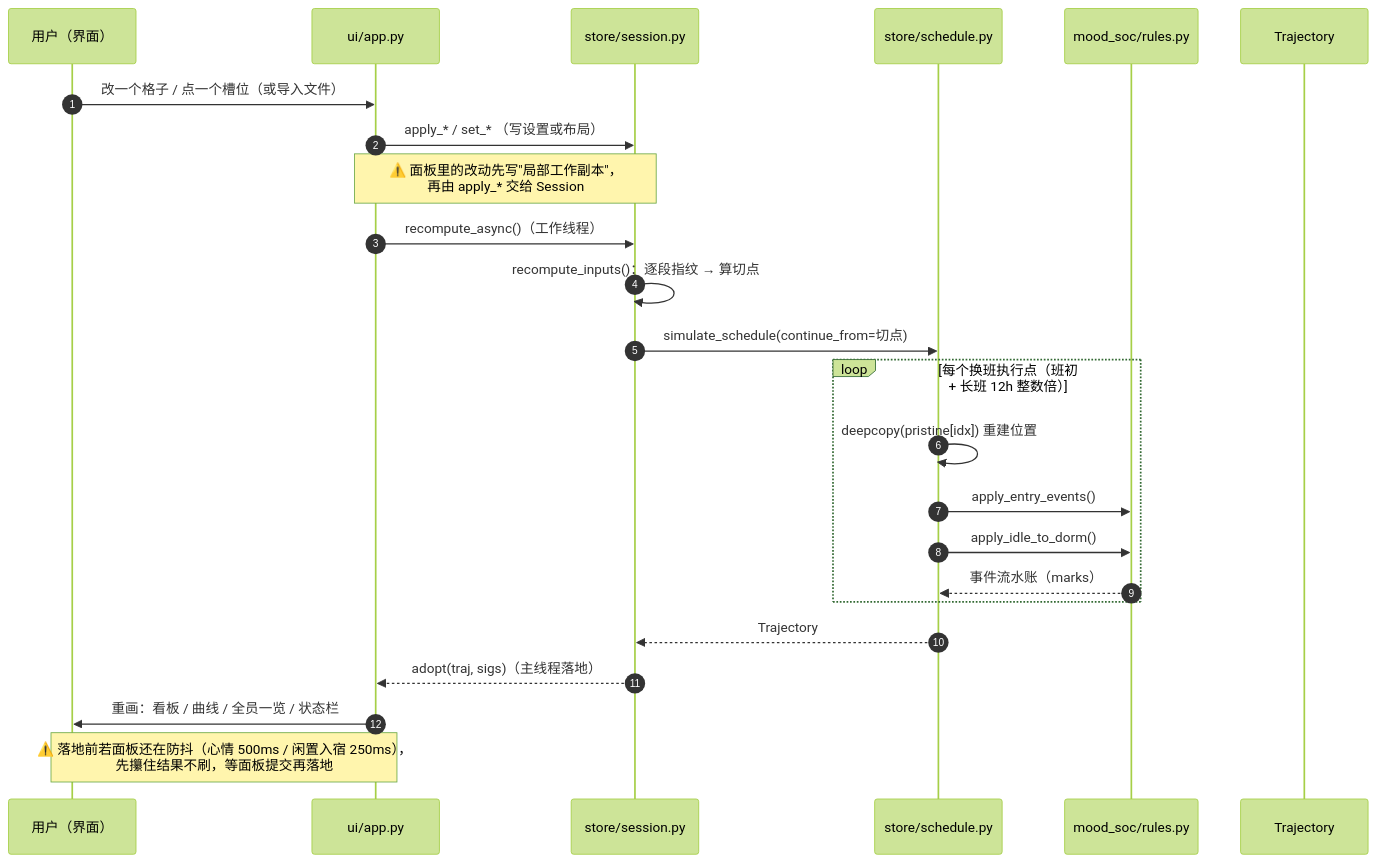
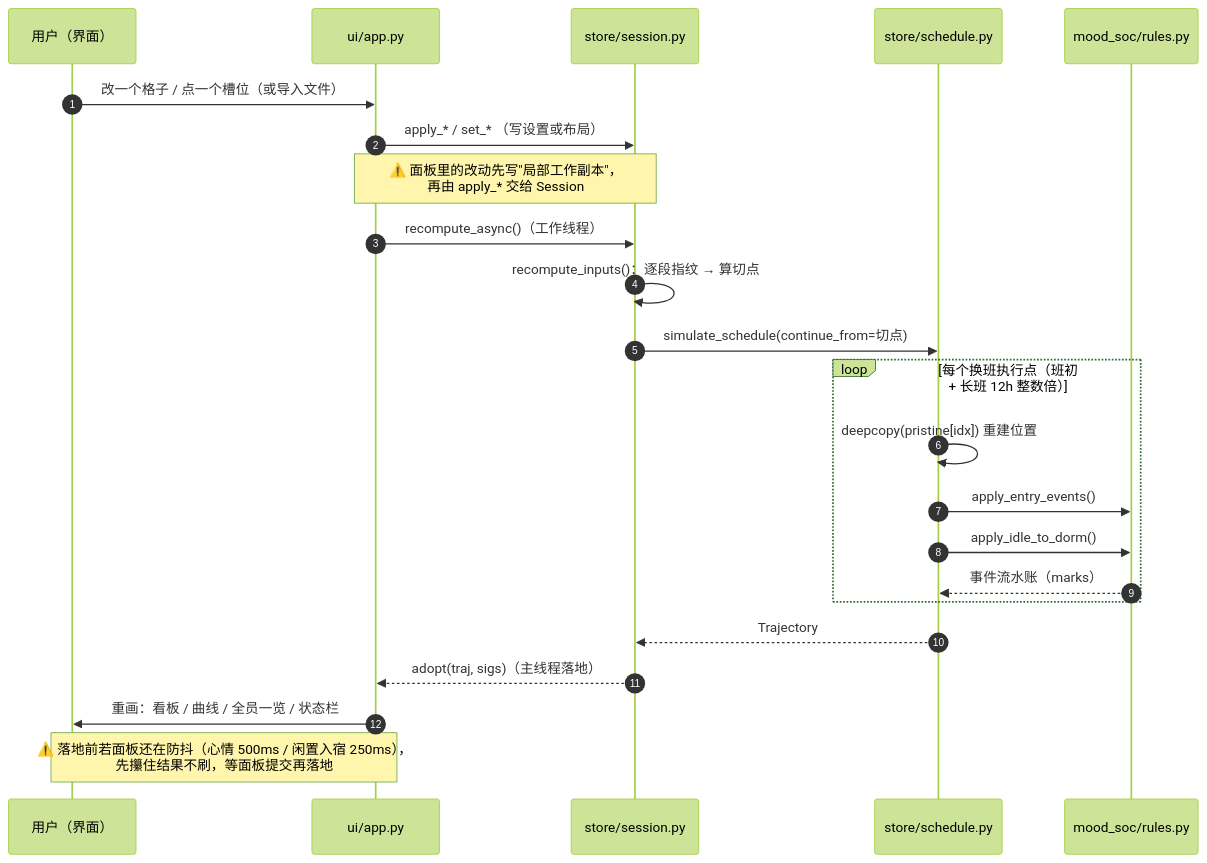
One commit to ziyanQAQ/Rhodes-MoodSOC changed the third of 4 diagrams in documents/15-架构图.md. Above: the diagram before and after it, drawn with Mermaid (forest theme).

Commit message:
精简时序图参与者

````diff
--- a/documents/15-架构图.md
+++ b/documents/15-架构图.md
@@ -190,27 +190,26 @@
 ```mermaid
 sequenceDiagram
     autonumber
     participant U as 用户（界面）
     participant APP as ui/app.py
     participant SES as store/session.py
     participant SIM as store/schedule.py
     participant ENG as mood_soc/rules.py
-    participant TRAJ as Trajectory
 
     U->>APP: 改一个格子 / 点一个槽位（或导入文件）
     APP->>SES: apply_* / set_* （写设置或布局）
     Note over APP,SES: ⚠️ 面板里的改动先写"局部工作副本"，<br/>再由 apply_* 交给 Session
     APP->>SES: recompute_async()（工作线程）
     SES->>SES: recompute_inputs()：逐段指纹 → 算切点
     SES->>SIM: simulate_schedule(continue_from=切点)
     loop 每个换班执行点（班初 + 长班 12h 整数倍）
         SIM->>SIM: deepcopy(pristine[idx]) 重建位置
         SIM->>ENG: apply_entry_events()
         SIM->>ENG: apply_idle_to_dorm()
         ENG-->>SIM: 事件流水账（marks）
     end
     SIM-->>SES: Trajectory
     SES-->>APP: adopt(traj, sigs)（主线程落地）
     APP->>U: 重画：看板 / 曲线 / 全员一览 / 状态栏
     Note over APP,U: ⚠️ 落地前若面板还在防抖（心情 500ms / 闲置入宿 250ms），<br/>先攥住结果不刷，等面板提交再落地
 ```
````
